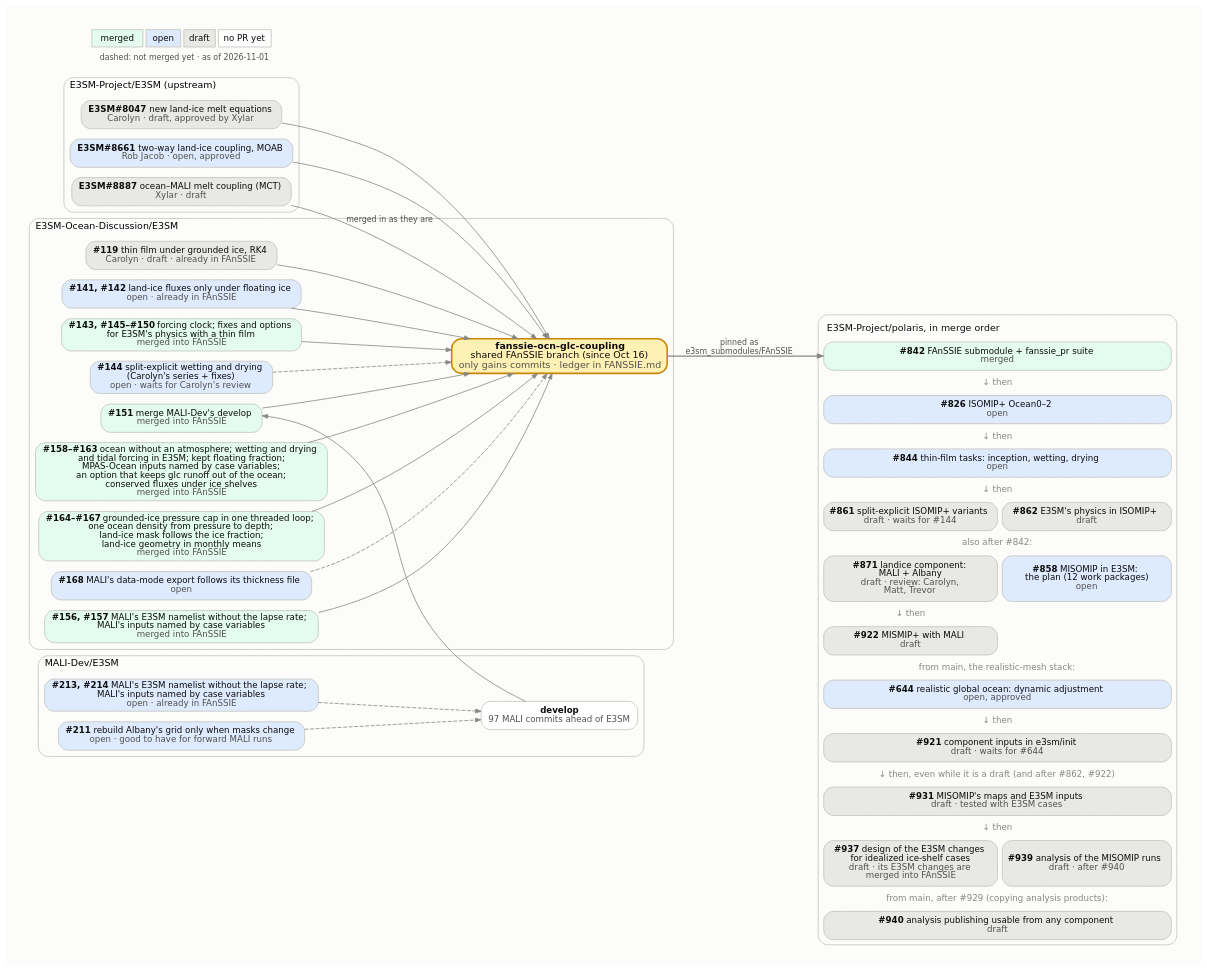
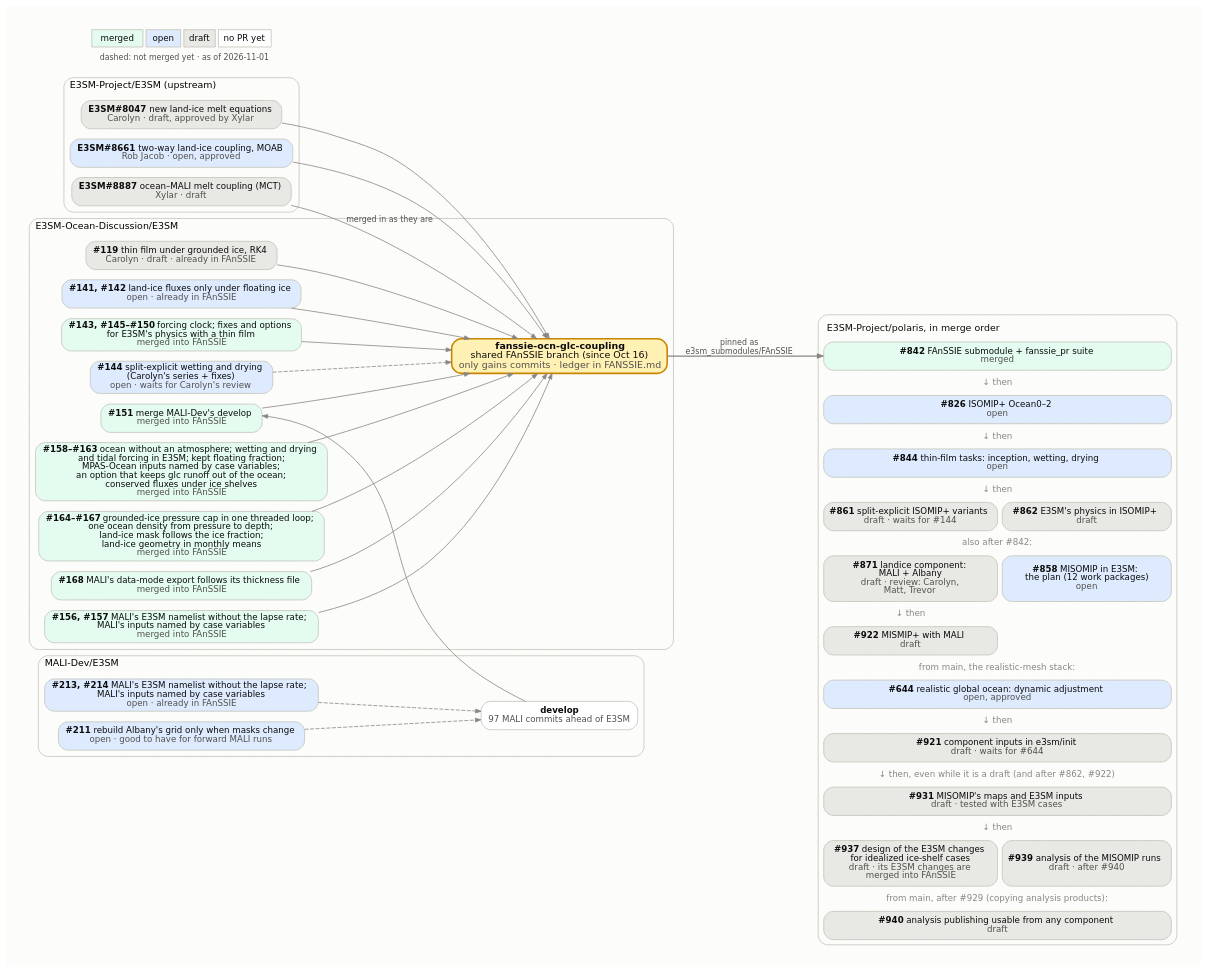
One commit to E3SM-Project/polaris changed the diagram in docs/design_docs/misomip/code_flow.dot. Above: the diagram before and after it, drawn with Graphviz. The commit also changed 3 other files, not shown here.

Commit message:
Show the MALI data-mode fix as merged in the MISOMIP figures

```diff
--- a/docs/design_docs/misomip/code_flow.dot
+++ b/docs/design_docs/misomip/code_flow.dot
@@ -1,109 +1,109 @@
 // How the upstream E3SM PRs, the E3SM-Ocean-Discussion PRs, the
 // fanssie-ocn-glc-coupling branch and the Polaris PRs fit together.
 //
 // Regenerate with Graphviz 14 (Chrysalis's /usr/bin/dot 2.40 lays it out
 // wider), with the text drawn as paths so it looks the same everywhere:
 //
 //     pixi exec -s graphviz dot -Tsvg:cairo code_flow.dot -o code_flow.svg
 //
 // Fill by state: merged #e3fcef, open #deebff, draft #e8e8e4, no PR yet
 // #ffffff. Dashed edges into the FAnSSIE branch mark PRs not merged into it
 // yet. The Polaris side is one HTML-table node, in merge order, because
 // Graphviz would not keep separate boxes in that order. Update the date in
 // the legend.
 digraph fanssie {
   rankdir=LR;
   bgcolor="#fcfcfb";
   pad=0.3;
   nodesep=0.18;
   ranksep=0.7;
   fontname="DejaVu Sans";
   node [shape=box, style="rounded,filled", fontname="DejaVu Sans",
         fontsize=11, color="#c3c2b7", fontcolor="#0b0b0b", penwidth=1,
         margin="0.12,0.06"];
   edge [color="#898781", arrowsize=0.7, fontname="DejaVu Sans",
         fontsize=10, fontcolor="#52514e"];
 
   subgraph cluster_upstream {
     label="E3SM-Project/E3SM (upstream)";
     labeljust=l; fontsize=12; color="#c3c2b7"; style="rounded";
     e8047 [label=<<b>E3SM#8047</b>  new land-ice melt equations<br/><font color="#52514e">Carolyn · draft, approved by Xylar</font>>, fillcolor="#e8e8e4"];
     e8661 [label=<<b>E3SM#8661</b>  two-way land-ice coupling, MOAB<br/><font color="#52514e">Rob Jacob · open, approved</font>>, fillcolor="#deebff"];
     e8887 [label=<<b>E3SM#8887</b>  ocean–MALI melt coupling (MCT)<br/><font color="#52514e">Xylar · draft</font>>, fillcolor="#e8e8e4"];
   }
 
   subgraph cluster_malidev {
     label="MALI-Dev/E3SM";
     labeljust=l; fontsize=12; color="#c3c2b7"; style="rounded";
     malidev [label=<<b>develop</b><br/><font color="#52514e">97 MALI commits ahead of E3SM</font>>, fillcolor="#ffffff"];
     m213 [label=<<b>#213, #214</b>  MALI's E3SM namelist without the lapse rate;<br/>MALI's inputs named by case variables<br/><font color="#52514e">open · already in FAnSSIE</font>>, fillcolor="#deebff"];
     m211 [label=<<b>#211</b>  rebuild Albany's grid only when masks change<br/><font color="#52514e">open · good to have for forward MALI runs</font>>, fillcolor="#deebff"];
   }
 
   subgraph cluster_eod {
     label="E3SM-Ocean-Discussion/E3SM";
     labeljust=l; fontsize=12; color="#c3c2b7"; style="rounded";
     d119 [label=<<b>#119</b>  thin film under grounded ice, RK4<br/><font color="#52514e">Carolyn · draft · already in FAnSSIE</font>>, fillcolor="#e8e8e4"];
     d141 [label=<<b>#141, #142</b>  land-ice fluxes only under floating ice<br/><font color="#52514e">open · already in FAnSSIE</font>>, fillcolor="#deebff"];
     d143 [label=<<b>#143, #145–#150</b>  forcing clock; fixes and options<br/>for E3SM's physics with a thin film<br/><font color="#52514e">merged into FAnSSIE</font>>, fillcolor="#e3fcef"];
     d144 [label=<<b>#144</b>  split-explicit wetting and drying<br/>(Carolyn's series + fixes)<br/><font color="#52514e">open · waits for Carolyn's review</font>>, fillcolor="#deebff"];
     d151 [label=<<b>#151</b>  merge MALI-Dev's develop<br/><font color="#52514e">merged into FAnSSIE</font>>, fillcolor="#e3fcef"];
     d158 [label=<<b>#158–#163</b>  ocean without an atmosphere; wetting and drying<br/>and tidal forcing in E3SM; kept floating fraction;<br/>MPAS-Ocean inputs named by case variables;<br/>an option that keeps glc runoff out of the ocean;<br/>conserved fluxes under ice shelves<br/><font color="#52514e">merged into FAnSSIE</font>>, fillcolor="#e3fcef"];
     d164 [label=<<b>#164–#167</b>  grounded-ice pressure cap in one threaded loop;<br/>one ocean density from pressure to depth;<br/>land-ice mask follows the ice fraction;<br/>land-ice geometry in monthly means<br/><font color="#52514e">merged into FAnSSIE</font>>, fillcolor="#e3fcef"];
-    d168 [label=<<b>#168</b>  MALI's data-mode export follows its thickness file<br/><font color="#52514e">open</font>>, fillcolor="#deebff"];
+    d168 [label=<<b>#168</b>  MALI's data-mode export follows its thickness file<br/><font color="#52514e">merged into FAnSSIE</font>>, fillcolor="#e3fcef"];
     d156 [label=<<b>#156, #157</b>  MALI's E3SM namelist without the lapse rate;<br/>MALI's inputs named by case variables<br/><font color="#52514e">merged into FAnSSIE</font>>, fillcolor="#e3fcef"];
     fanssie [label=<<b>fanssie-ocn-glc-coupling</b><br/>shared FAnSSIE branch (since Oct 16)<br/><font color="#52514e">only gains commits · ledger in FANSSIE.md</font>>,
              fillcolor="#fff0b3", penwidth=2, color="#c98500", fontsize=12];
   }
 
   polaris [shape=plaintext, style="", label=<
     <table border="1" color="#c3c2b7" style="rounded" cellborder="1" cellspacing="6" cellpadding="4" bgcolor="#fcfcfb">
       <tr><td border="0" colspan="2" align="left"><font point-size="12">E3SM-Project/polaris, in merge order</font></td></tr>
       <tr><td port="p842" bgcolor="#e3fcef" colspan="2" style="rounded" cellpadding="6"><b>#842</b>  FAnSSIE submodule + fanssie_pr suite<br/><font color="#52514e">merged</font></td></tr>
       <tr><td border="0" colspan="2"><font color="#898781">↓ then</font></td></tr>
       <tr><td port="p826" bgcolor="#deebff" colspan="2" style="rounded" cellpadding="6"><b>#826</b>  ISOMIP+ Ocean0–2<br/><font color="#52514e">open</font></td></tr>
       <tr><td border="0" colspan="2"><font color="#898781">↓ then</font></td></tr>
       <tr><td port="p844" bgcolor="#deebff" colspan="2" style="rounded" cellpadding="6"><b>#844</b>  thin-film tasks: inception, wetting, drying<br/><font color="#52514e">open</font></td></tr>
       <tr><td border="0" colspan="2"><font color="#898781">↓ then</font></td></tr>
       <tr><td port="p861" bgcolor="#e8e8e4" colspan="1" style="rounded" cellpadding="6"><b>#861</b>  split-explicit ISOMIP+ variants<br/><font color="#52514e">draft · waits for #144</font></td><td port="p862" bgcolor="#e8e8e4" colspan="1" style="rounded" cellpadding="6"><b>#862</b>  E3SM's physics in ISOMIP+<br/><font color="#52514e">draft</font></td></tr>
       <tr><td border="0" colspan="2"><font color="#898781">also after #842:</font></td></tr>
       <tr><td port="p871" bgcolor="#e8e8e4" colspan="1" style="rounded" cellpadding="6"><b>#871</b>  landice component:<br/>MALI + Albany<br/><font color="#52514e">draft · review: Carolyn,<br/>Matt, Trevor</font></td><td port="p858" bgcolor="#deebff" colspan="1" style="rounded" cellpadding="6"><b>#858</b>  MISOMIP in E3SM:<br/>the plan (12 work packages)<br/><font color="#52514e">open</font></td></tr>
       <tr><td border="0" colspan="1"><font color="#898781">↓ then</font></td><td border="0" colspan="1"></td></tr>
       <tr><td port="p922" bgcolor="#e8e8e4" colspan="1" style="rounded" cellpadding="6"><b>#922</b>  MISMIP+ with MALI<br/><font color="#52514e">draft</font></td><td border="0" colspan="1"></td></tr>
       <tr><td border="0" colspan="2"><font color="#898781">from main, the realistic-mesh stack:</font></td></tr>
       <tr><td port="p644" bgcolor="#deebff" colspan="2" style="rounded" cellpadding="6"><b>#644</b>  realistic global ocean: dynamic adjustment<br/><font color="#52514e">open, approved</font></td></tr>
       <tr><td border="0" colspan="2"><font color="#898781">↓ then</font></td></tr>
       <tr><td port="p921" bgcolor="#e8e8e4" colspan="2" style="rounded" cellpadding="6"><b>#921</b>  component inputs in e3sm/init<br/><font color="#52514e">draft · waits for #644</font></td></tr>
       <tr><td border="0" colspan="2"><font color="#898781">↓ then, even while it is a draft (and after #862, #922)</font></td></tr>
       <tr><td port="pwp56" bgcolor="#e8e8e4" colspan="2" style="rounded" cellpadding="6"><b>#931</b>  MISOMIP's maps and E3SM inputs<br/><font color="#52514e">draft · tested with E3SM cases</font></td></tr>
       <tr><td border="0" colspan="2"><font color="#898781">↓ then</font></td></tr>
       <tr><td port="pwp7" bgcolor="#e8e8e4" colspan="1" style="rounded" cellpadding="6"><b>#937</b>  design of the E3SM changes<br/>for idealized ice-shelf cases<br/><font color="#52514e">draft · its E3SM changes are<br/>merged into FAnSSIE</font></td><td port="pwp9" bgcolor="#e8e8e4" colspan="1" style="rounded" cellpadding="6"><b>#939</b>  analysis of the MISOMIP runs<br/><font color="#52514e">draft · after #940</font></td></tr>
       <tr><td border="0" colspan="2"><font color="#898781">from main, after #929 (copying analysis products):</font></td></tr>
       <tr><td port="p940" bgcolor="#e8e8e4" colspan="2" style="rounded" cellpadding="6"><b>#940</b>  analysis publishing usable from any component<br/><font color="#52514e">draft</font></td></tr>
     </table>>];
 
   e8047 -> fanssie;
   e8661 -> fanssie;
   e8887 -> fanssie [label="merged in as they are"];
   d119 -> fanssie;
   d141 -> fanssie;
   d143 -> fanssie;
   d144 -> fanssie [style=dashed];
   m211 -> malidev [style=dashed];
   m213 -> malidev [style=dashed];
   d156 -> fanssie;
   d158 -> fanssie;
   d164 -> fanssie;
-  d168 -> fanssie [style=dashed];
+  d168 -> fanssie;
   malidev -> d151 [constraint=false];
   d151 -> fanssie;
 
   fanssie -> polaris:p842 [label="pinned as
 e3sm_submodules/FAnSSIE", penwidth=1.5];
 
   legend [shape=plaintext, style="", label=<
     <table border="0" cellborder="1" cellspacing="4" cellpadding="4" color="#c3c2b7">
       <tr><td bgcolor="#e3fcef">merged</td><td bgcolor="#deebff">open</td><td bgcolor="#e8e8e4">draft</td><td bgcolor="#ffffff">no PR yet</td></tr>
       <tr><td colspan="4" border="0"><font point-size="10" color="#52514e">dashed: not merged yet · as of 2026-11-01</font></td></tr>
     </table>>];
 }
```
